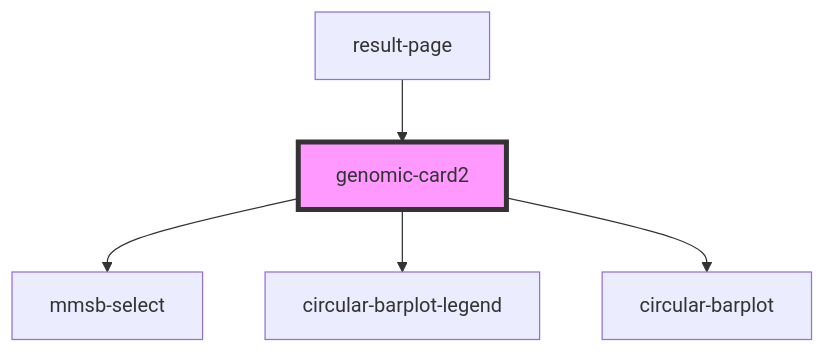
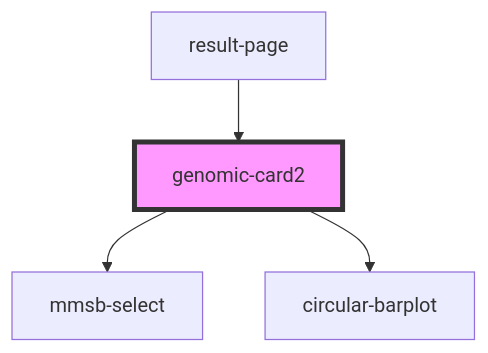
The diagram in src/components/genomic-card2/readme.md (MMSB-MOBI/result_page_crispr), drawn with Mermaid before and after one commit. The commit also changed other lines of this file and 14 other files, not shown here.

````diff
--- a/src/components/genomic-card2/readme.md
+++ b/src/components/genomic-card2/readme.md
@@ -49,8 +49,7 @@
 ```mermaid
 graph TD;
   genomic-card2 --> mmsb-select
-  genomic-card2 --> circular-barplot-legend
   genomic-card2 --> circular-barplot
   result-page --> genomic-card2
   style genomic-card2 fill:#f9f,stroke:#333,stroke-width:4px
 ```
````
